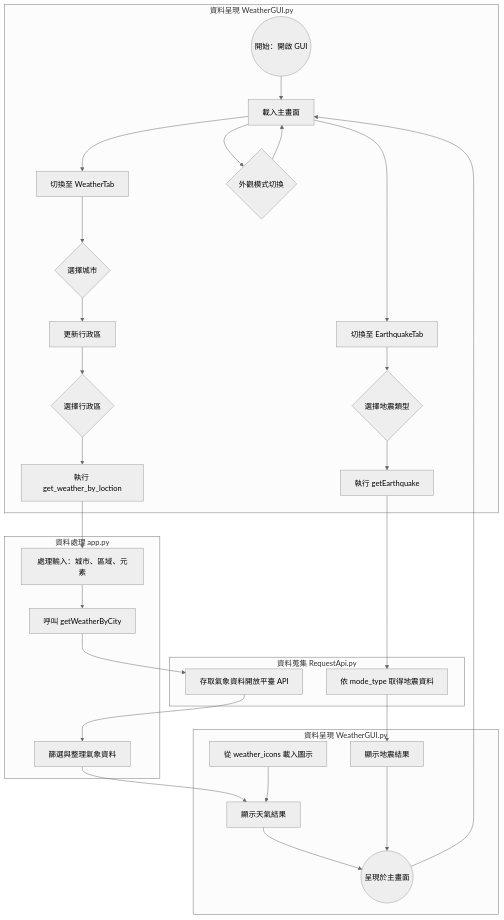
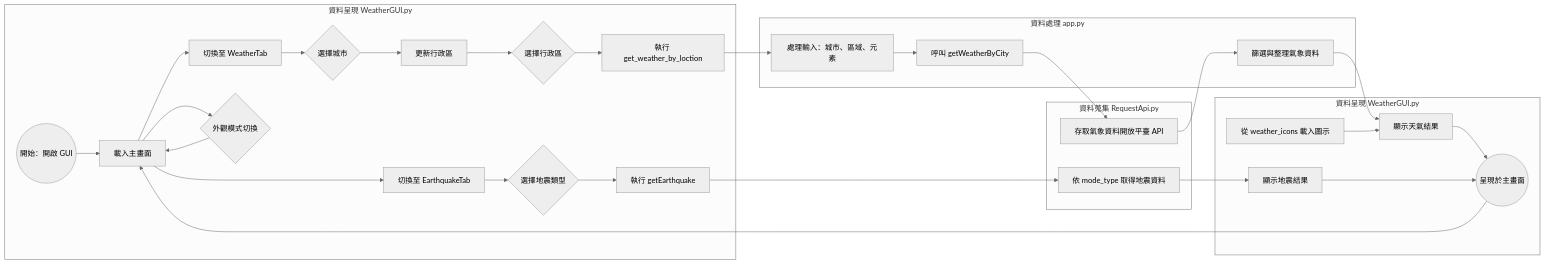
One commit to The-Hermit-IndieGames/NOU_Python_113-2_Meteorological changed the diagram in README.md. Above: the diagram before and after it, drawn with Mermaid (neutral theme). The commit also changed other lines of this file, not shown here.

Commit message:
修改流程圖

````diff
--- a/README.md
+++ b/README.md
@@ -5,49 +5,49 @@
  ```mermaid
-flowchart TD
+flowchart LR
     %% 起點
     A((開始：開啟 GUI))
 
     %% GUI 模組
     subgraph 資料呈現 WeatherGUI.py
         A --> B[載入主畫面]
         B --> C[切換至 WeatherTab]
         B --> D[切換至 EarthquakeTab]
         B --> Z{外觀模式切換}
         Z --> B
         
         %% 天氣流程
         C --> E{選擇城市}
         E --> F[更新行政區]
         F --> G{選擇行政區}
         G --> H[執行 get_weather_by_loction]
 
         %% 地震流程
         D --> I{選擇地震類型}
         I --> J[執行 getEarthquake]
     end
 
     %% 資料處理模組
     subgraph 資料處理 app.py
         H --> K[處理輸入：城市、區域、元素]
         K --> L[呼叫 getWeatherByCity]
         M[篩選與整理氣象資料]
     end
 
     %% 資料蒐集模組
     subgraph 資料蒐集 RequestApi.py
         L --> N[存取氣象資料開放平臺 API]
         J --> O[依 mode_type 取得地震資料]
         N --> M
     end
 
     %% 顯示階段與結尾
     subgraph 資料呈現 WeatherGUI.py
     M --> P[顯示天氣結果]
         Q[從 weather_icons 載入圖示] --> P
         O --> R[顯示地震結果]
         P --> S((呈現於主畫面))
         R --> S
         S --> B
     end
 
 ```
````
